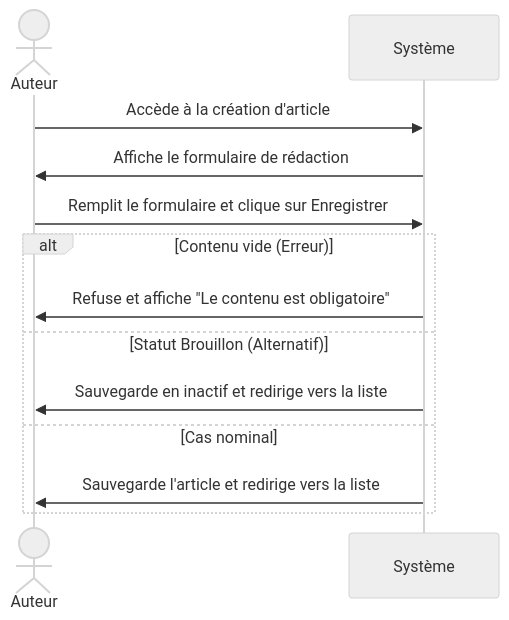
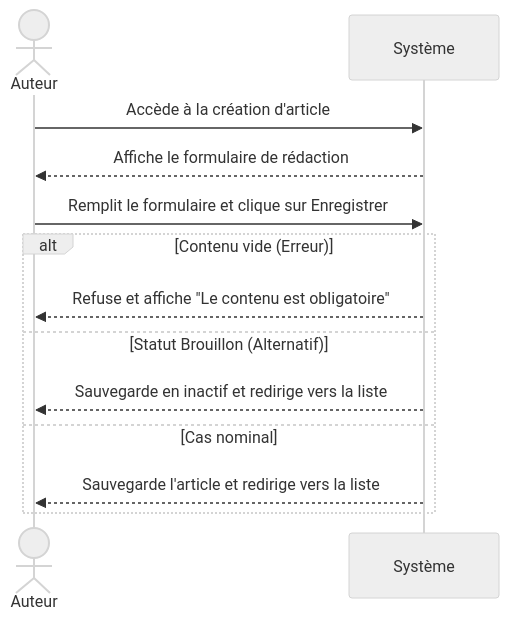
One commit to ranya-amzghar/Mobile_Tutoriel changed the diagram in Formaliser une fonctionnalité/Compléter_vérifier_fonctionnalité/diagramme.mmd. Above: the diagram before and after it, drawn with Mermaid (neutral theme).

Commit message:
Compléter et vérifier la fonctionnalité

```diff
--- a/Formaliser une fonctionnalité/Compléter_vérifier_fonctionnalité/diagramme.mmd
+++ b/Formaliser une fonctionnalité/Compléter_vérifier_fonctionnalité/diagramme.mmd
@@ -1,12 +1,12 @@
 sequenceDiagram
     actor Auteur
     Auteur ->> Système: Accède à la création d'article
-    Système ->> Auteur: Affiche le formulaire de rédaction
+    Système -->> Auteur: Affiche le formulaire de rédaction
     Auteur ->> Système: Remplit le formulaire et clique sur Enregistrer
     alt Contenu vide (Erreur)
-        Système ->> Auteur: Refuse et affiche "Le contenu est obligatoire"
+        Système -->> Auteur: Refuse et affiche "Le contenu est obligatoire"
     else Statut Brouillon (Alternatif)
-        Système ->> Auteur: Sauvegarde en inactif et redirige vers la liste
+        Système -->> Auteur: Sauvegarde en inactif et redirige vers la liste
     else Cas nominal
-        Système ->> Auteur: Sauvegarde l'article et redirige vers la liste
+        Système -->> Auteur: Sauvegarde l'article et redirige vers la liste
     end
```
